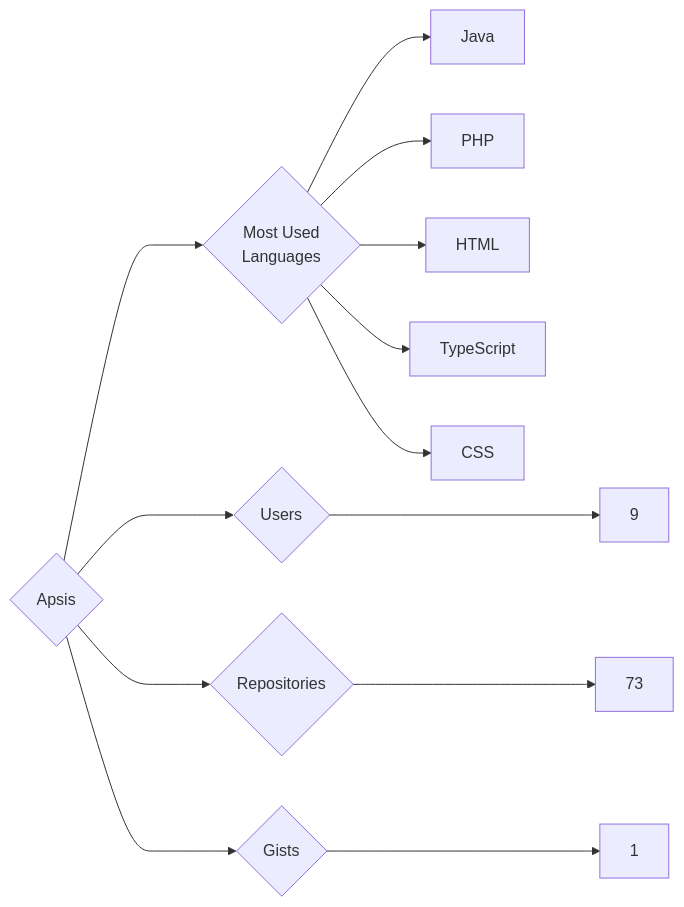
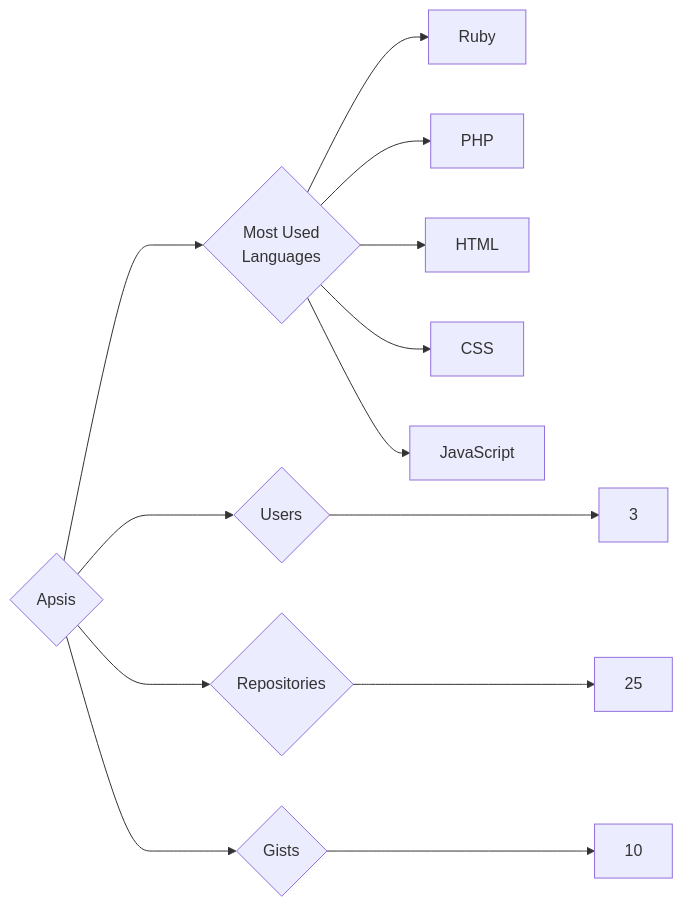
Before and after one commit to trickest/insiders: the diagram in targets/Apsis/README.md, drawn with Mermaid. The commit also changed 899 other files, not shown here.

````diff
--- a/targets/Apsis/README.md
+++ b/targets/Apsis/README.md
@@ -3,13 +3,13 @@
 ```mermaid
 graph LR
 COMPANY_NAME{Apsis}
-COMPANY_NAME ---> U{Users} ---> UN[9]
-COMPANY_NAME ---> R{Repositories} ---> RN[73]
-COMPANY_NAME ---> G{Gists} ---> GN[1]
+COMPANY_NAME ---> U{Users} ---> UN[3]
+COMPANY_NAME ---> R{Repositories} ---> RN[25]
+COMPANY_NAME ---> G{Gists} ---> GN[10]
 COMPANY_NAME ---> ML{Most Used<br>Languages}
-ML --> Java[Java]
+ML --> Ruby[Ruby]
 ML --> PHP[PHP]
 ML --> HTML[HTML]
-ML --> TypeScript[TypeScript]
 ML --> CSS[CSS]
+ML --> JavaScript[JavaScript]
 ```
````
